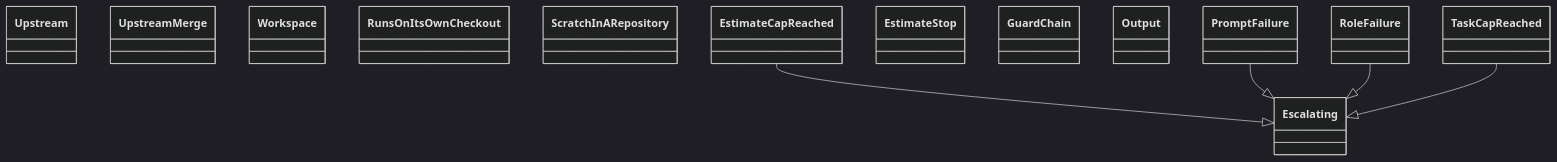
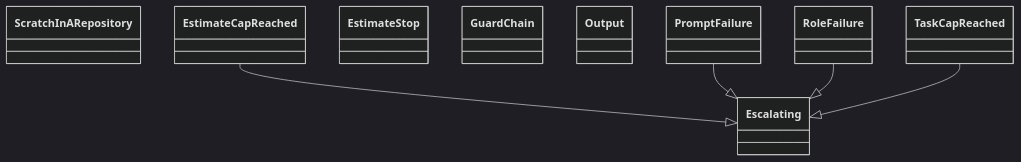
One commit to GonzaloZevallos/agentic-system changed the diagram in docs/architecture/generated/classes-process-application-support-6.md. Above: the diagram before and after it, drawn with Mermaid (dark theme). The commit also changed other lines of this file and 6 other files, not shown here.

````diff
--- a/docs/architecture/generated/classes-process-application-support-6.md
+++ b/docs/architecture/generated/classes-process-application-support-6.md
@@ -16,20 +16,16 @@
 ```mermaid
 classDiagram
-    class ports__Upstream["Upstream"]
-    class ports__UpstreamMerge["UpstreamMerge"]
-    class ports__Workspace["Workspace"]
-    class preflight__RunsOnItsOwnCheckout["RunsOnItsOwnCheckout"]
     class preflight__ScratchInARepository["ScratchInARepository"]
     class run_role__Escalating["Escalating"]
     class run_role__EstimateCapReached["EstimateCapReached"]
     class run_role__EstimateStop["EstimateStop"]
     class run_role__GuardChain["GuardChain"]
     class run_role__Output["Output"]
     class run_role__PromptFailure["PromptFailure"]
     class run_role__RoleFailure["RoleFailure"]
     class run_role__TaskCapReached["TaskCapReached"]
     run_role__EstimateCapReached --|> run_role__Escalating
     run_role__PromptFailure --|> run_role__Escalating
     run_role__RoleFailure --|> run_role__Escalating
     run_role__TaskCapReached --|> run_role__Escalating
 ```
````
